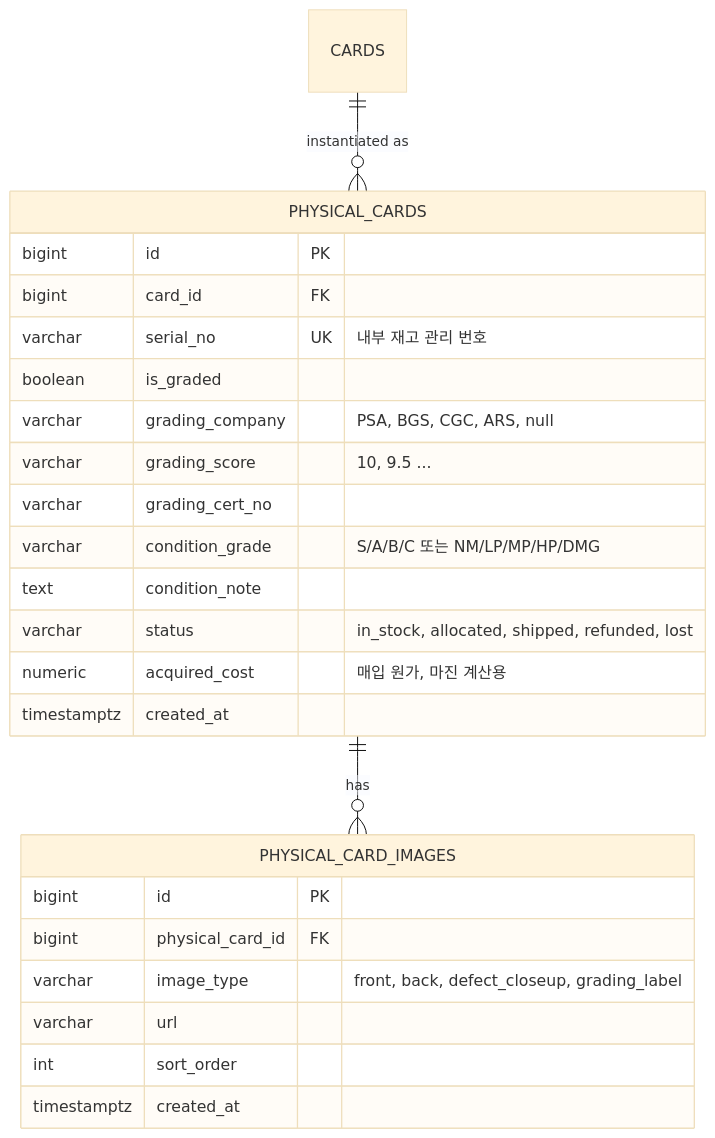
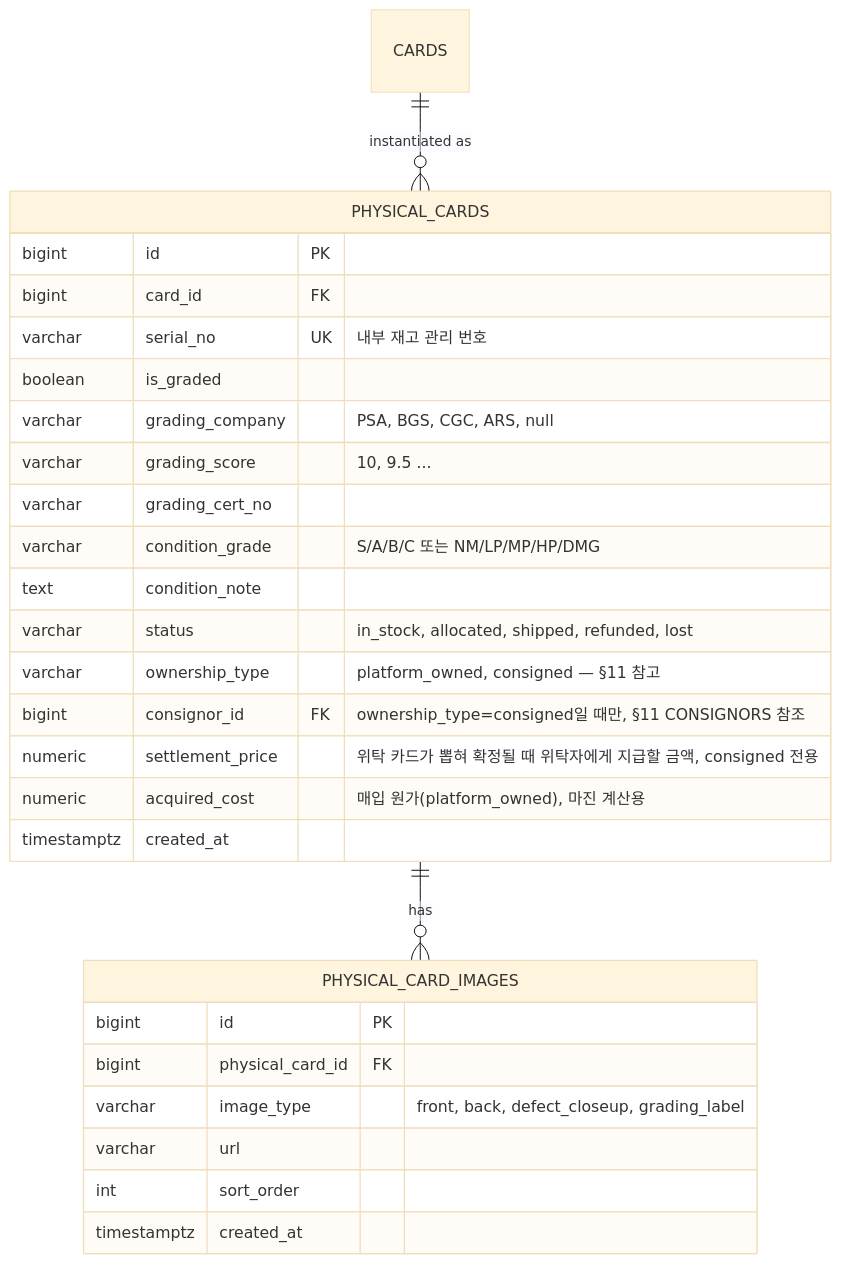
One commit to WinLakeLee/WinLakeLee changed the fourth of 10 diagrams in docs/ERD.md. Above: the diagram before and after it, drawn with Mermaid (base theme). The commit also changed other lines of this file, not shown here.

Commit message:
Add consignment fields to physical_cards (WIP for escrow design)
Adds ownership_type/consignor_id/settlement_price so a physical card
can be marked as platform-owned or consigned, ahead of the full
consignment & settlement escrow domain being added next.

Claude-Session: https://claude.ai/code/session_01YPrAWJ9vwmqQgWVVLNUCsZ

````diff
--- a/docs/ERD.md
+++ b/docs/ERD.md
@@ -219,29 +219,32 @@
 ```mermaid
 erDiagram
     CARDS ||--o{ PHYSICAL_CARDS : "instantiated as"
     PHYSICAL_CARDS ||--o{ PHYSICAL_CARD_IMAGES : has
 
     PHYSICAL_CARDS {
         bigint id PK
         bigint card_id FK
         varchar serial_no UK "내부 재고 관리 번호"
         boolean is_graded
         varchar grading_company "PSA, BGS, CGC, ARS, null"
         varchar grading_score "10, 9.5 ..."
         varchar grading_cert_no
         varchar condition_grade "S/A/B/C 또는 NM/LP/MP/HP/DMG"
         text condition_note
         varchar status "in_stock, allocated, shipped, refunded, lost"
-        numeric acquired_cost "매입 원가, 마진 계산용"
+        varchar ownership_type "platform_owned, consigned — §11 참고"
+        bigint consignor_id FK "ownership_type=consigned일 때만, §11 CONSIGNORS 참조"
+        numeric settlement_price "위탁 카드가 뽑혀 확정될 때 위탁자에게 지급할 금액, consigned 전용"
+        numeric acquired_cost "매입 원가(platform_owned), 마진 계산용"
         timestamptz created_at
     }
 
     PHYSICAL_CARD_IMAGES {
         bigint id PK
         bigint physical_card_id FK
         varchar image_type "front, back, defect_closeup, grading_label"
         varchar url
         int sort_order
         timestamptz created_at
     }
 ```
````
